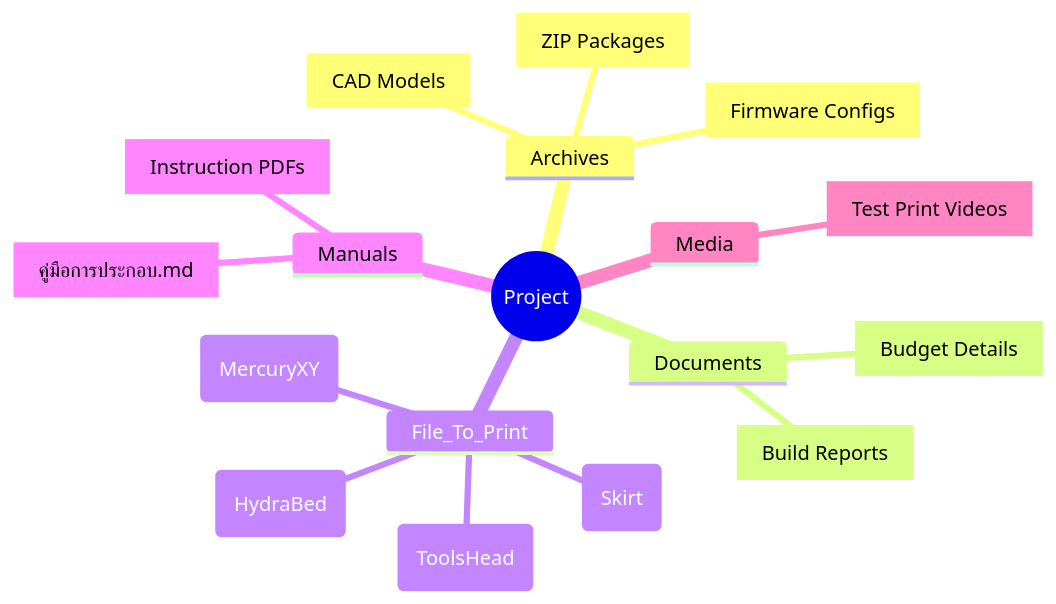
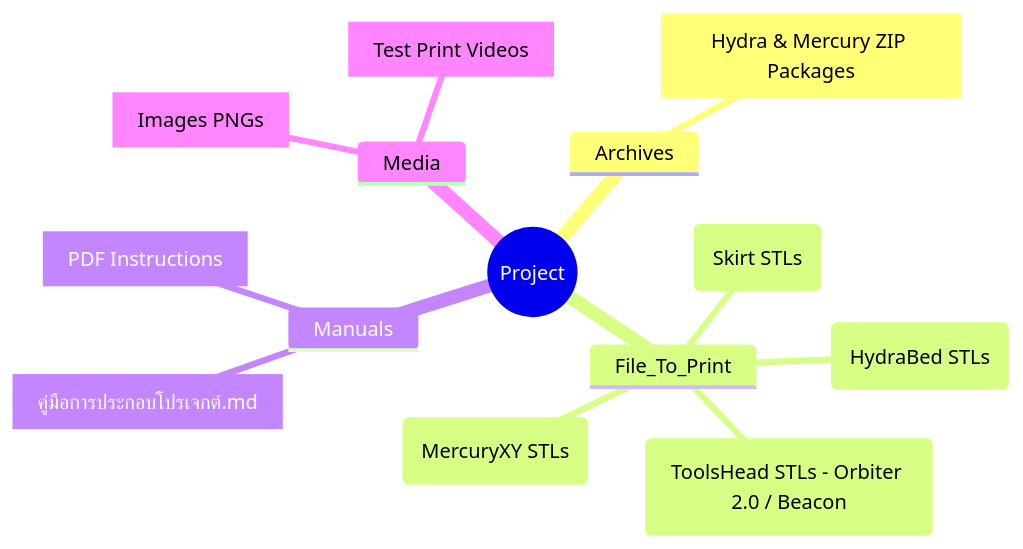
The second of 2 diagrams in README.md (Icezaza2543/ZeroG-MercuryOne.1-With-NebulaFrame-370), drawn with Mermaid before and after one commit. The commit also changed other lines of this file and 34 other files, not shown here.

````diff
--- a/README.md
+++ b/README.md
@@ -43,21 +56,17 @@
 ```mermaid
 mindmap
   root((Project))
     Archives
-      [ZIP Packages]
-      [Firmware Configs]
-      [CAD Models]
-    Documents
-      [Build Reports]
-      [Budget Details]
+      [Hydra & Mercury ZIP Packages]
     File_To_Print
-      (HydraBed)
-      (MercuryXY)
-      (Skirt)
-      (ToolsHead)
+      (HydraBed STLs)
+      (MercuryXY STLs)
+      (Skirt STLs)
+      (ToolsHead STLs - Orbiter 2.0 / Beacon)
     Manuals
-      [คู่มือการประกอบ.md]
-      [Instruction PDFs]
+      [คู่มือการประกอบโปรเจกต์.md]
+      [PDF Instructions]
     Media
+      [Images PNGs]
       [Test Print Videos]
 ```
````
